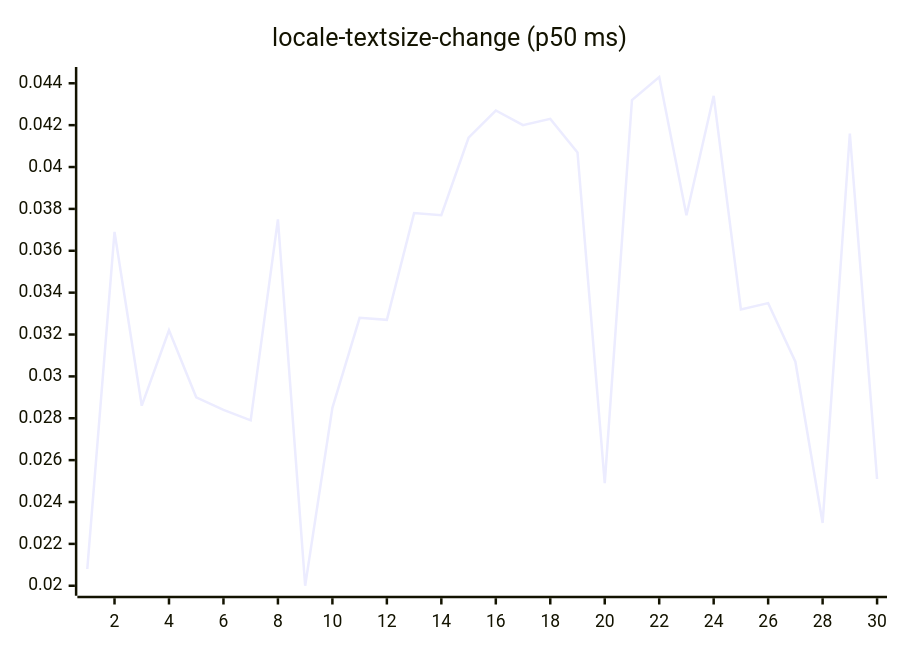
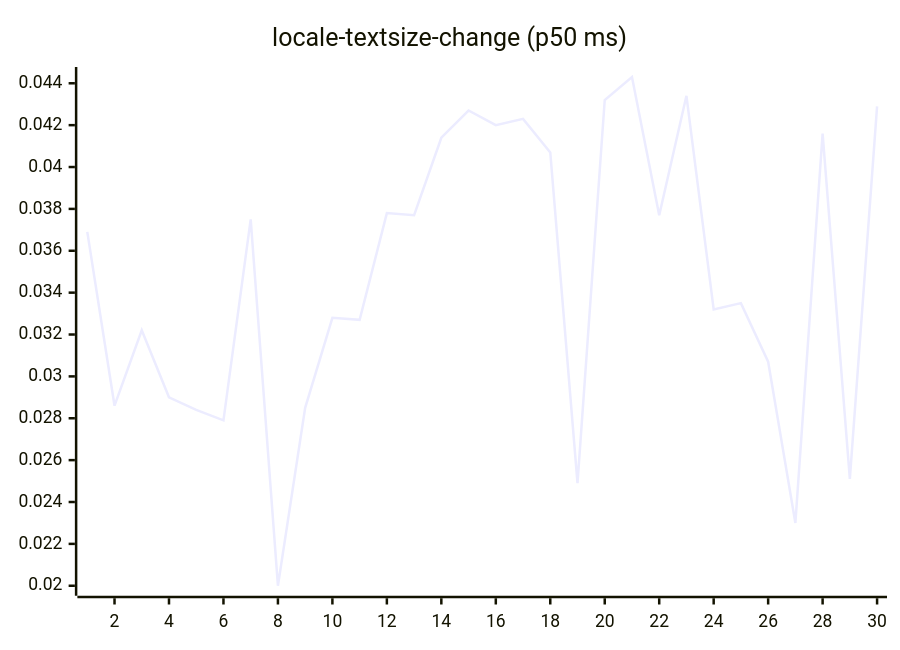
One commit to josha/Facet changed diagram 13 of 27 in README.md. Above: the diagram before and after it, drawn with Mermaid. The commit also changed other lines of this file and 2 other files, not shown here.

````diff
--- a/README.md
+++ b/README.md
@@ -147,6 +147,6 @@
 ```mermaid
 xychart-beta
     title "locale-textsize-change (p50 ms)"
     x-axis 1 --> 30
-    line [0.0208, 0.0369, 0.0286, 0.0322, 0.0290, 0.0284, 0.0279, 0.0375, 0.0200, 0.0285, 0.0328, 0.0327, 0.0378, 0.0377, 0.0414, 0.0427, 0.0420, 0.0423, 0.0407, 0.0249, 0.0432, 0.0443, 0.0377, 0.0434, 0.0332, 0.0335, 0.0307, 0.0230, 0.0416, 0.0251]
+    line [0.0369, 0.0286, 0.0322, 0.0290, 0.0284, 0.0279, 0.0375, 0.0200, 0.0285, 0.0328, 0.0327, 0.0378, 0.0377, 0.0414, 0.0427, 0.0420, 0.0423, 0.0407, 0.0249, 0.0432, 0.0443, 0.0377, 0.0434, 0.0332, 0.0335, 0.0307, 0.0230, 0.0416, 0.0251, 0.0429]
 ```
````
